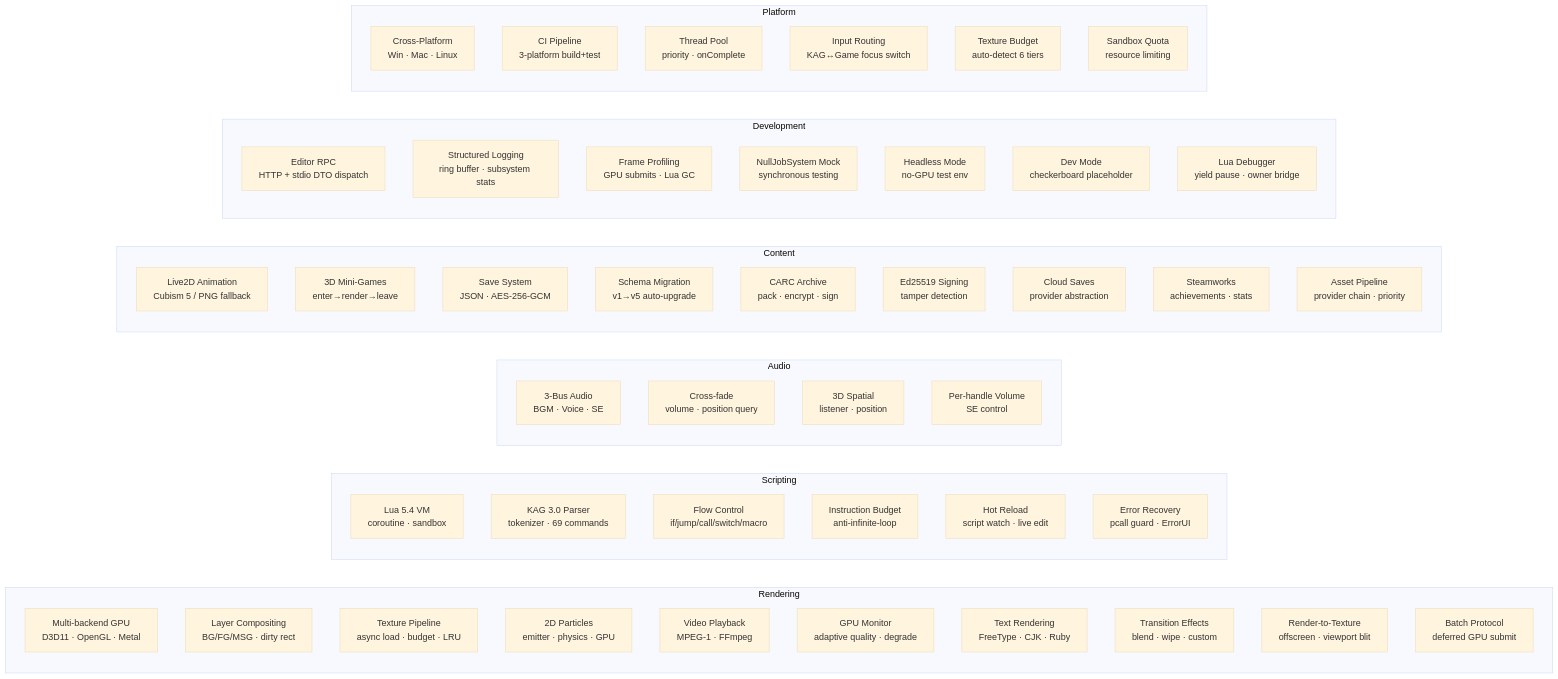
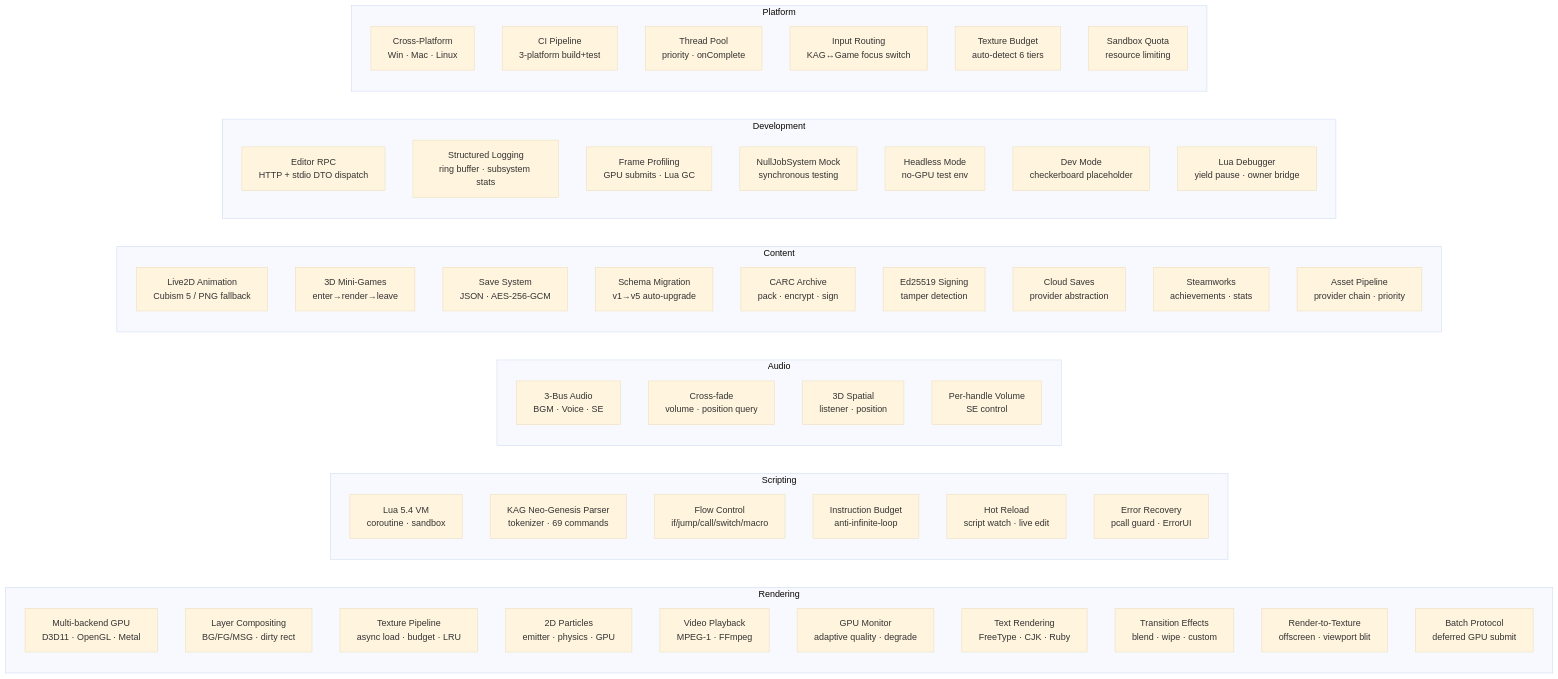
The diagram in docs/design/engine-capability-matrix.md (ailiasdesu/Caesura-AmeKAG), drawn with Mermaid (base theme) before and after one commit. The commit also changed 1 other file, not shown here.

Commit message:
docs: README index contracts row + mermaid Neo-Genesis (review)
Review (sa_20260805_205558) should-fix + nit: README index listed
only the deprecated kag-commands.md (added command-contracts.md row +
deprecation note); matrix mermaid node said 'KAG 3.0 Parser' (now
Neo-Genesis).

````diff
--- a/docs/design/engine-capability-matrix.md
+++ b/docs/design/engine-capability-matrix.md
@@ -17,62 +17,62 @@
 ```mermaid
 graph LR
     subgraph "Rendering"
         r1["Multi-backend GPU<br/>D3D11 · OpenGL · Metal"]
         r2["Layer Compositing<br/>BG/FG/MSG · dirty rect"]
         r3["Texture Pipeline<br/>async load · budget · LRU"]
         r4["2D Particles<br/>emitter · physics · GPU"]
         r5["Video Playback<br/>MPEG-1 · FFmpeg"]
         r6["GPU Monitor<br/>adaptive quality · degrade"]
         r7["Text Rendering<br/>FreeType · CJK · Ruby"]
         r8["Transition Effects<br/>blend · wipe · custom"]
         r9["Render-to-Texture<br/>offscreen · viewport blit"]
         r10["Batch Protocol<br/>deferred GPU submit"]
     end
 
     subgraph "Scripting"
         s1["Lua 5.4 VM<br/>coroutine · sandbox"]
-        s2["KAG 3.0 Parser<br/>tokenizer · 69 commands"]
+        s2["KAG Neo-Genesis Parser<br/>tokenizer · 69 commands"]
         s3["Flow Control<br/>if/jump/call/switch/macro"]
         s4["Instruction Budget<br/>anti-infinite-loop"]
         s5["Hot Reload<br/>script watch · live edit"]
         s6["Error Recovery<br/>pcall guard · ErrorUI"]
     end
 
     subgraph "Audio"
         a1["3-Bus Audio<br/>BGM · Voice · SE"]
         a2["Cross-fade<br/>volume · position query"]
         a3["3D Spatial<br/>listener · position"]
         a4["Per-handle Volume<br/>SE control"]
     end
 
     subgraph "Content"
         c1["Live2D Animation<br/>Cubism 5 / PNG fallback"]
         c2["3D Mini-Games<br/>enter→render→leave"]
         c3["Save System<br/>JSON · AES-256-GCM"]
         c4["Schema Migration<br/>v1→v5 auto-upgrade"]
         c5["CARC Archive<br/>pack · encrypt · sign"]
         c6["Ed25519 Signing<br/>tamper detection"]
         c7["Cloud Saves<br/>provider abstraction"]
         c8["Steamworks<br/>achievements · stats"]
         c9["Asset Pipeline<br/>provider chain · priority"]
     end
 
     subgraph "Development"
         d1["Editor RPC<br/>HTTP + stdio DTO dispatch"]
         d2["Structured Logging<br/>ring buffer · subsystem stats"]
         d3["Frame Profiling<br/>GPU submits · Lua GC"]
         d4["NullJobSystem Mock<br/>synchronous testing"]
         d5["Headless Mode<br/>no-GPU test env"]
         d6["Dev Mode<br/>checkerboard placeholder"]
         d7["Lua Debugger<br/>yield pause · owner bridge"]
     end
 
     subgraph "Platform"
         p1["Cross-Platform<br/>Win · Mac · Linux"]
         p2["CI Pipeline<br/>3-platform build+test"]
         p3["Thread Pool<br/>priority · onComplete"]
         p4["Input Routing<br/>KAG↔Game focus switch"]
         p5["Texture Budget<br/>auto-detect 6 tiers"]
         p6["Sandbox Quota<br/>resource limiting"]
     end
 ```
````
